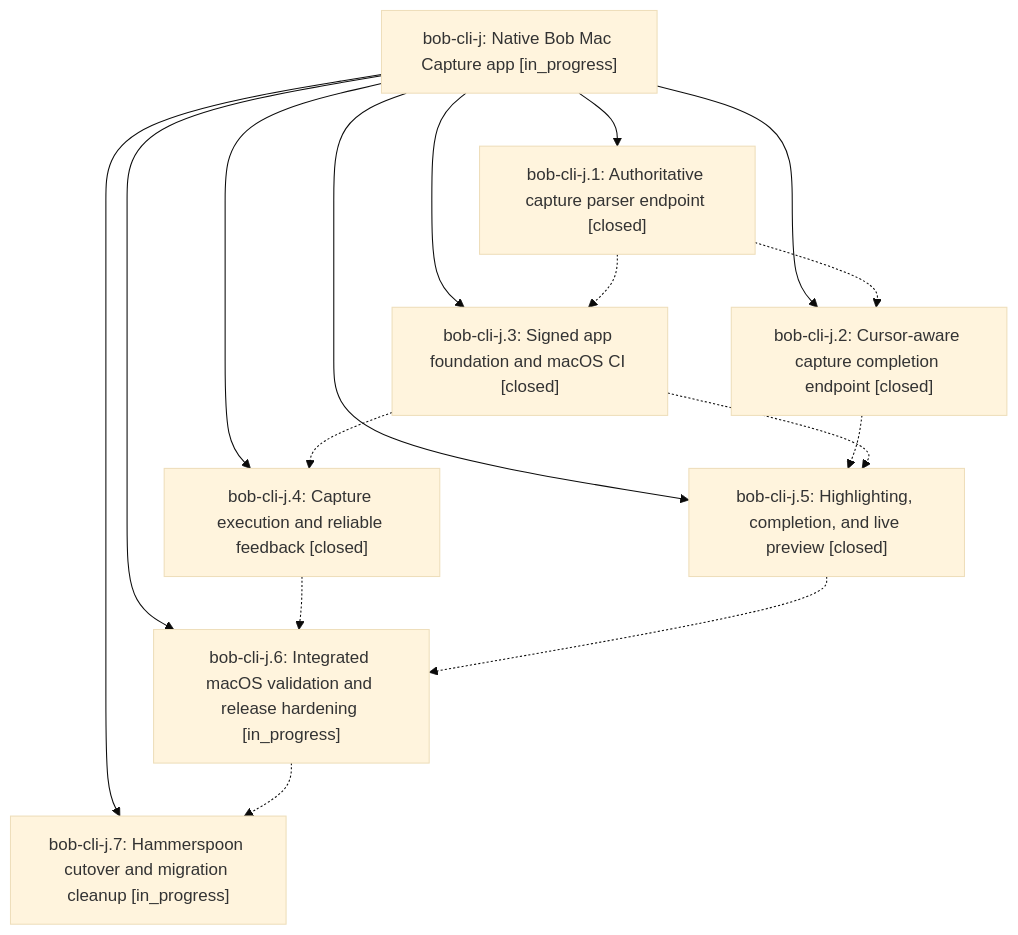
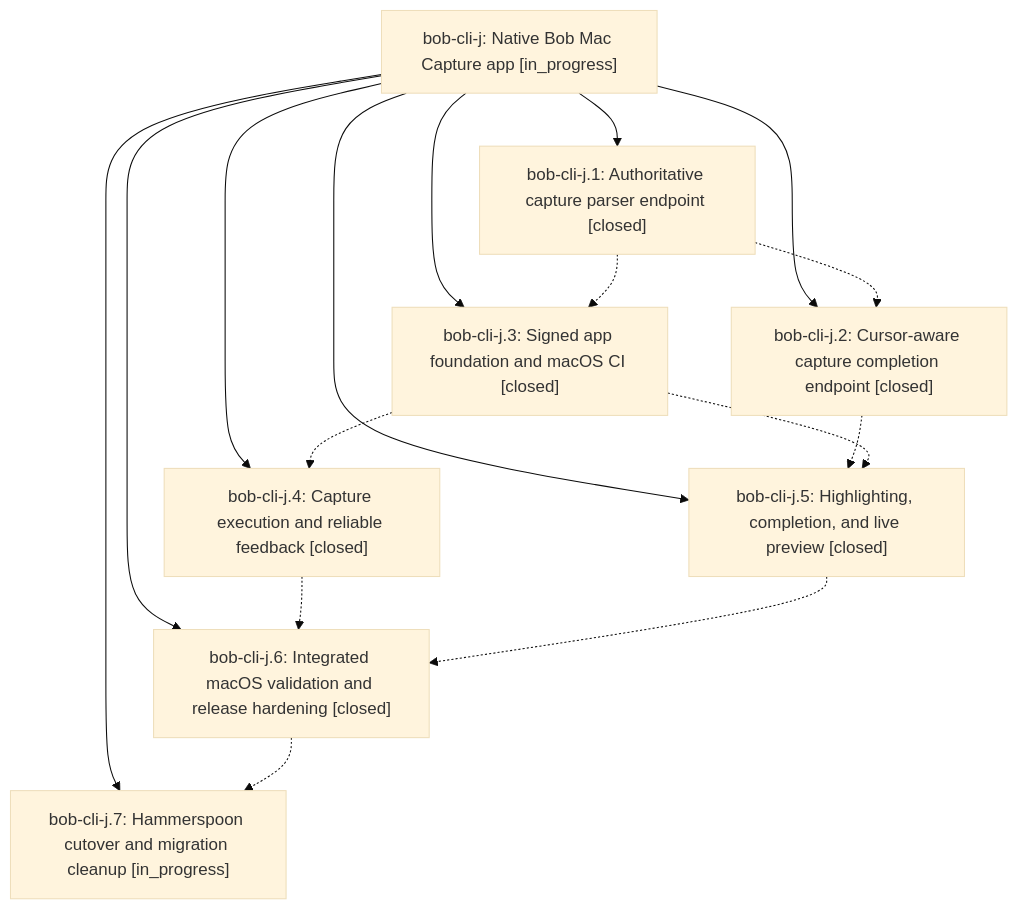
The diagram in pages/bob-cli-j/README.md (bobs-org/bob-cli--beads), drawn with Mermaid (base theme) before and after one commit. The commit also changed other lines of this file and 5 other files, not shown here.

First line of the commit message:
chore(beads): sync bead state and pages for bob-cli-j

````diff
--- a/pages/bob-cli-j/README.md
+++ b/pages/bob-cli-j/README.md
@@ -28,26 +28,26 @@
 ```mermaid
 flowchart TD
     n0["bob-cli-j: Native Bob Mac Capture app [in_progress]"]
     n1["bob-cli-j.1: Authoritative capture parser endpoint [closed]"]
     n2["bob-cli-j.2: Cursor-aware capture completion endpoint [closed]"]
     n3["bob-cli-j.3: Signed app foundation and macOS CI [closed]"]
     n4["bob-cli-j.4: Capture execution and reliable feedback [closed]"]
     n5["bob-cli-j.5: Highlighting, completion, and live preview [closed]"]
-    n6["bob-cli-j.6: Integrated macOS validation and release hardening [in_progress]"]
+    n6["bob-cli-j.6: Integrated macOS validation and release hardening [closed]"]
     n7["bob-cli-j.7: Hammerspoon cutover and migration cleanup [in_progress]"]
     n0 --> n1
     n0 --> n2
     n0 --> n3
     n0 --> n4
     n0 --> n5
     n0 --> n6
     n0 --> n7
     n1 -.-> n2
     n1 -.-> n3
     n2 -.-> n5
     n3 -.-> n4
     n3 -.-> n5
     n4 -.-> n6
     n5 -.-> n6
     n6 -.-> n7
 ```
````
